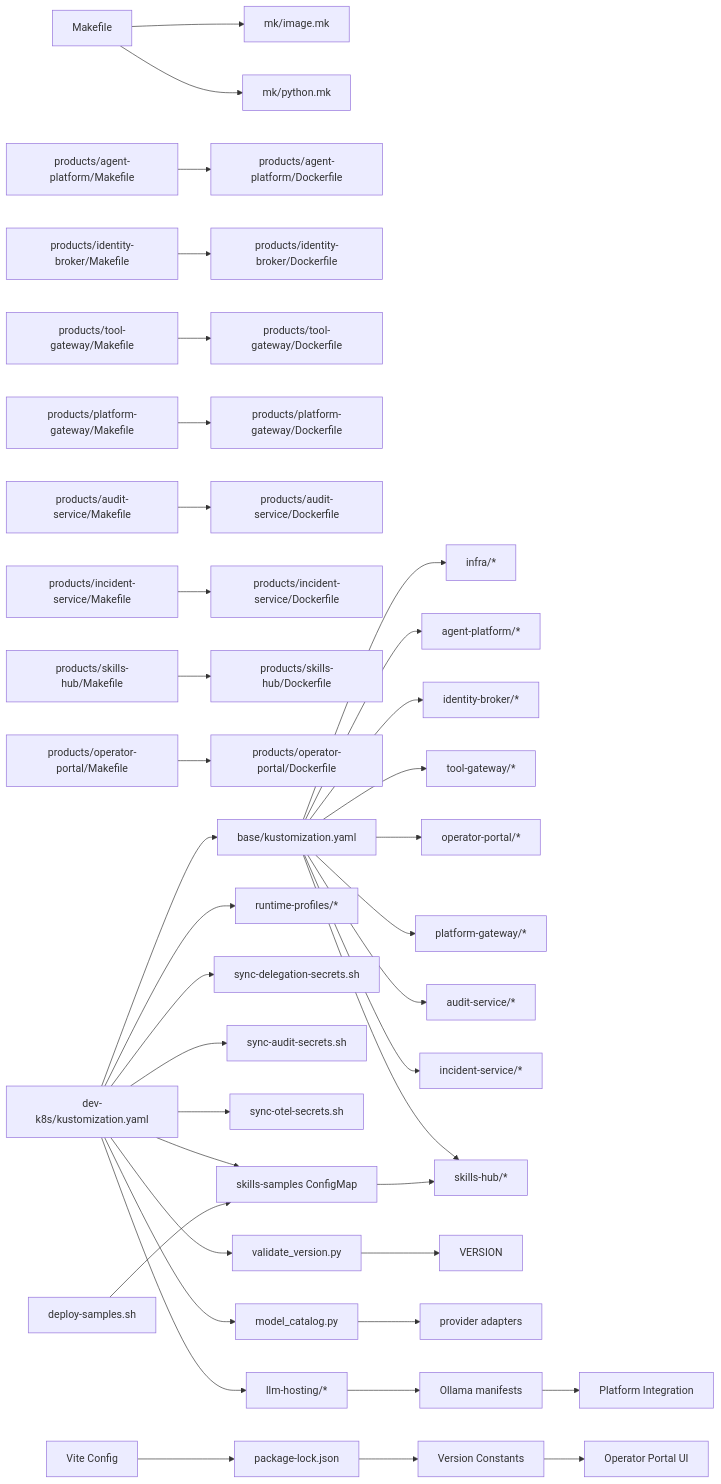
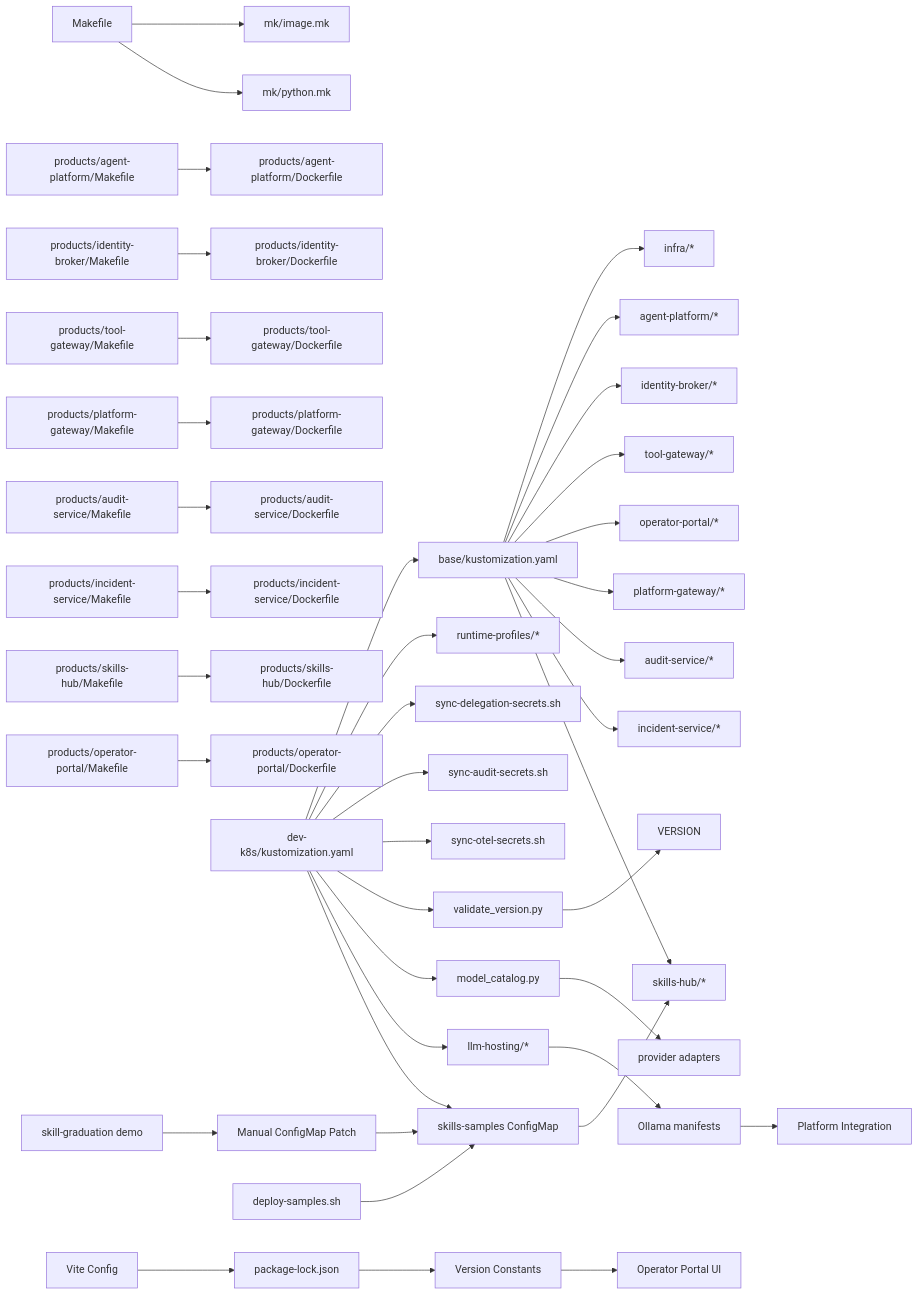
Diagram 12 of 12 in .qoder/repowiki/en/content/Deployment and Operations/Deployment and Operations.md (metasync/luban-aiops), drawn with Mermaid before and after one commit. The commit also changed other lines of this file and 48 other files, not shown here.

````diff
--- a/.qoder/repowiki/en/content/Deployment and Operations/Deployment and Operations.md
+++ b/.qoder/repowiki/en/content/Deployment and Operations/Deployment and Operations.md
@@ -1024,40 +1052,42 @@
 ```mermaid
 graph LR
 MakefileRoot["Makefile"] --> MkImage["mk/image.mk"]
 MakefileRoot --> MkPython["mk/python.mk"]
 APMake["products/agent-platform/Makefile"] --> APDocker["products/agent-platform/Dockerfile"]
 IBMake["products/identity-broker/Makefile"] --> IBDocker["products/identity-broker/Dockerfile"]
 TGMake["products/tool-gateway/Makefile"] --> TGDocker["products/tool-gateway/Dockerfile"]
 PGMake["products/platform-gateway/Makefile"] --> PGDocker["products/platform-gateway/Dockerfile"]
 ASMake["products/audit-service/Makefile"] --> ASDocker["products/audit-service/Dockerfile"]
 ISMake["products/incident-service/Makefile"] --> ISDocker["products/incident-service/Dockerfile"]
 SHMake["products/skills-hub/Makefile"] --> SHDocker["products/skills-hub/Dockerfile"]
 OPMake["products/operator-portal/Makefile"] --> OPDocker["products/operator-portal/Dockerfile"]
 BaseKust["base/kustomization.yaml"] --> Infra["infra/*"]
 BaseKust --> APRes["agent-platform/*"]
 BaseKust --> IBRes["identity-broker/*"]
 BaseKust --> TGRes["tool-gateway/*"]
 BaseKust --> OPRes["operator-portal/*"]
 BaseKust --> PGRes["platform-gateway/*"]
 BaseKust --> ASRes["audit-service/*"]
 BaseKust --> ISRes["incident-service/*"]
 BaseKust --> SHRes["skills-hub/*"]
 OverlayKust["dev-k8s/kustomization.yaml"] --> BaseKust
 OverlayKust --> Profiles["runtime-profiles/*"]
 OverlayKust --> Delegation["sync-delegation-secrets.sh"]
 OverlayKust --> AuditSecrets["sync-audit-secrets.sh"]
 OverlayKust --> OTelSecrets["sync-otel-secrets.sh"]
 OverlayKust --> VersionValidation["validate_version.py"]
 OverlayKust --> ModelCatalog["model_catalog.py"]
 OverlayKust --> LLMHosting["llm-hosting/*"]
 OverlayKust --> SampleMount["skills-samples ConfigMap"]
 VersionValidation --> VERSION["VERSION"]
 ModelCatalog --> Providers["provider adapters"]
 LLMHosting --> OllamaManifests["Ollama manifests"]
 OllamaManifests --> Platform["Platform Integration"]
 ViteConfig["Vite Config"] --> LockFile["package-lock.json"]
 LockFile --> VersionConstants["Version Constants"]
 VersionConstants --> PortalUI["Operator Portal UI"]
 SampleDeploy["deploy-samples.sh"] --> SampleMount
 SampleMount --> SHRes
+SkillGraduation["skill-graduation demo"] --> ManualPatch["Manual ConfigMap Patch"]
+ManualPatch --> SampleMount
 ```
````
